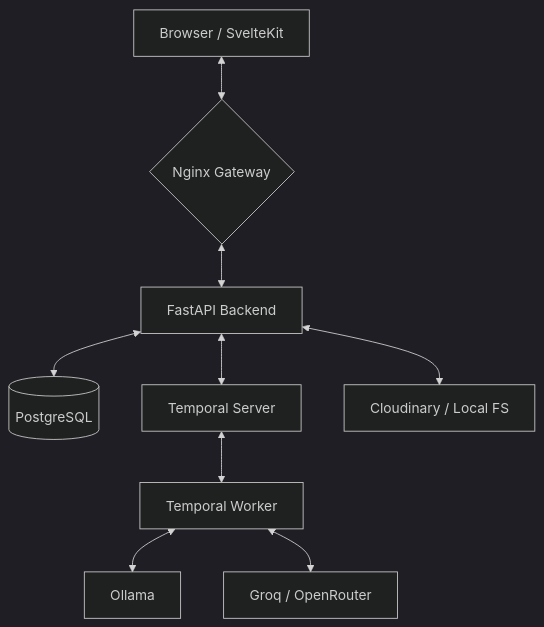
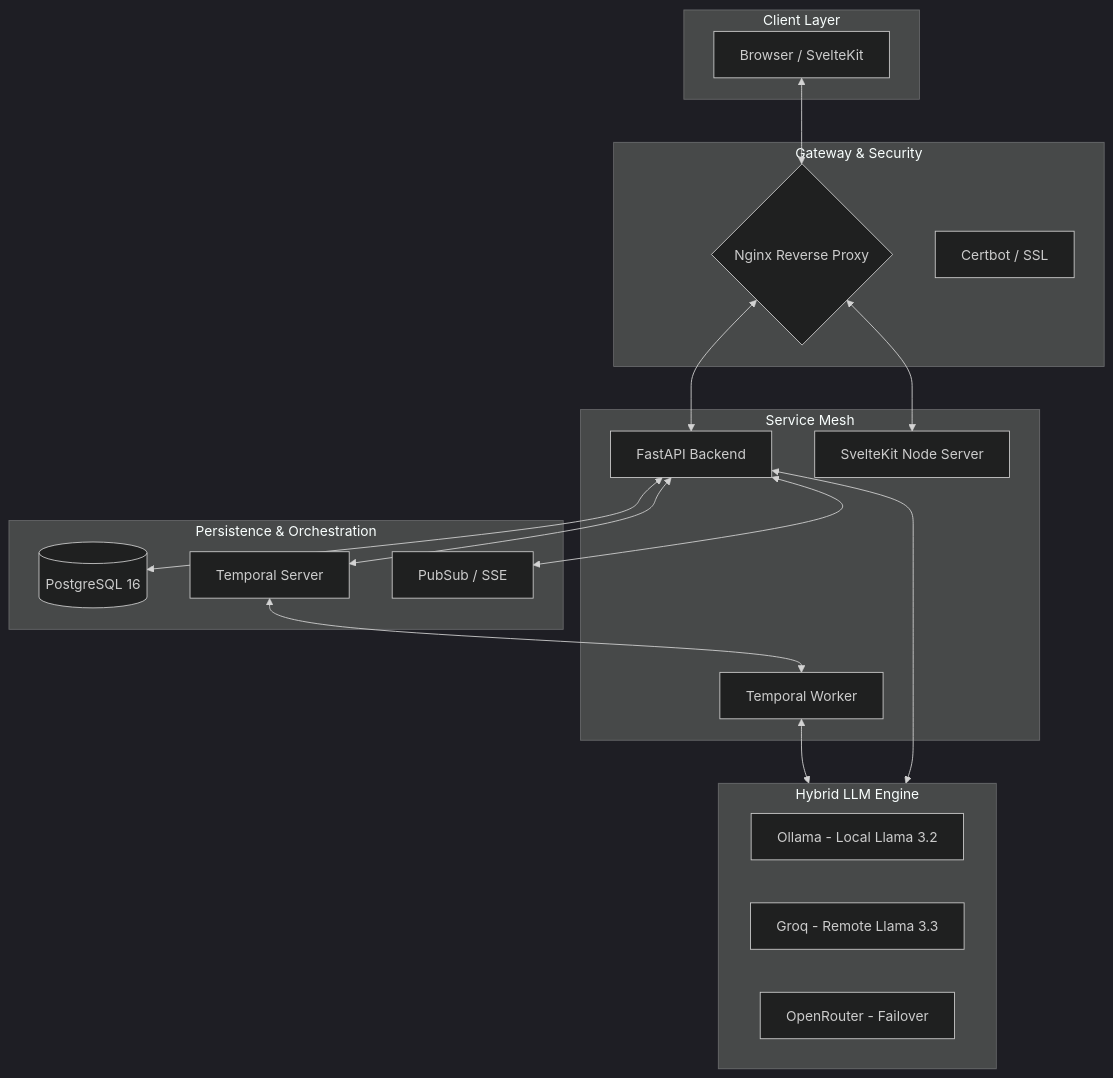
Before and after one commit to remitoudic/job_wizard: the first of 2 diagrams in README.md, drawn with Mermaid (dark theme). The commit also changed other lines of this file, not shown here.

Commit message:
docs: modernize README with architecture diagrams and technical deep dive

````diff
--- a/README.md
+++ b/README.md
@@ -23,11 +28,39 @@
 ```mermaid
 graph TD
-    Client[Browser / SvelteKit] <--> Nginx{Nginx Gateway}
-    Nginx <--> Backend[FastAPI Backend]
-    Backend <--> DB[(PostgreSQL)]
-    Backend <--> Temporal[Temporal Server]
-    Temporal <--> Worker[Temporal Worker]
-    Worker <--> AI_Local[Ollama]
-    Worker <--> AI_Remote[Groq / OpenRouter]
-    Backend <--> Storage[Cloudinary / Local FS]
+    subgraph Client_Layer [Client Layer]
+        Browser[Browser / SvelteKit]
+    end
+
+    subgraph Gateway_Layer [Gateway & Security]
+        Nginx{Nginx Reverse Proxy}
+        Certbot[Certbot / SSL]
+    end
+
+    subgraph Service_Mesh [Service Mesh]
+        Backend[FastAPI Backend]
+        Worker[Temporal Worker]
+        Frontend[SvelteKit Node Server]
+    end
+
+    subgraph Persistence_Layer [Persistence & Orchestration]
+        PostgreSQL[(PostgreSQL 16)]
+        Temporal[Temporal Server]
+        Redis[PubSub / SSE]
+    end
+
+    subgraph AI_Engine [Hybrid LLM Engine]
+        Ollama[Ollama - Local Llama 3.2]
+        Groq[Groq - Remote Llama 3.3]
+        OpenRouter[OpenRouter - Failover]
+    end
+
+    Browser <--> Nginx
+    Nginx <--> Frontend
+    Nginx <--> Backend
+    Backend <--> PostgreSQL
+    Backend <--> Temporal
+    Backend <--> Redis
+    Temporal <--> Worker
+    Worker <--> AI_Engine
+    Backend <--> AI_Engine
 ```
````
